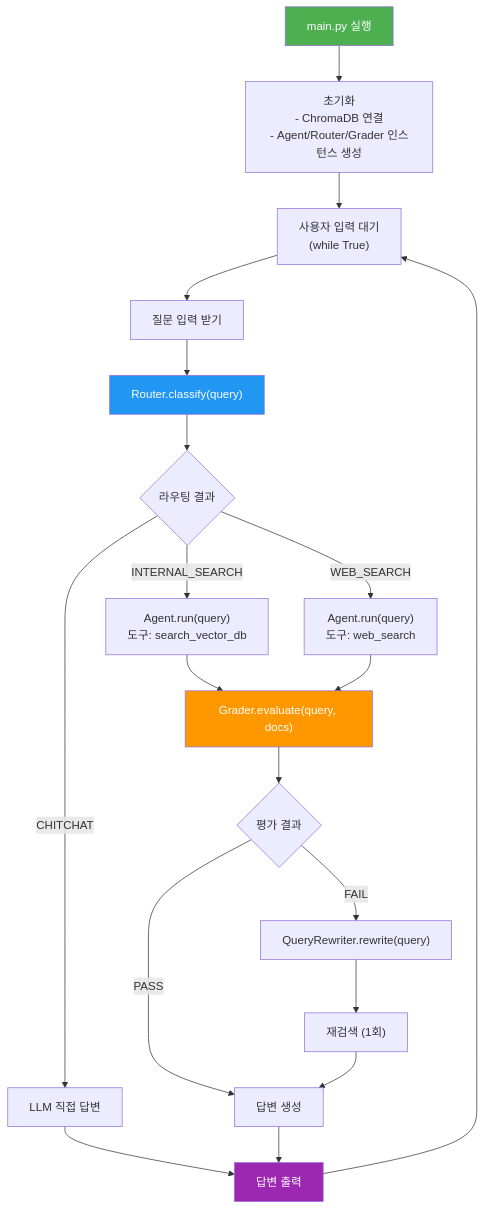
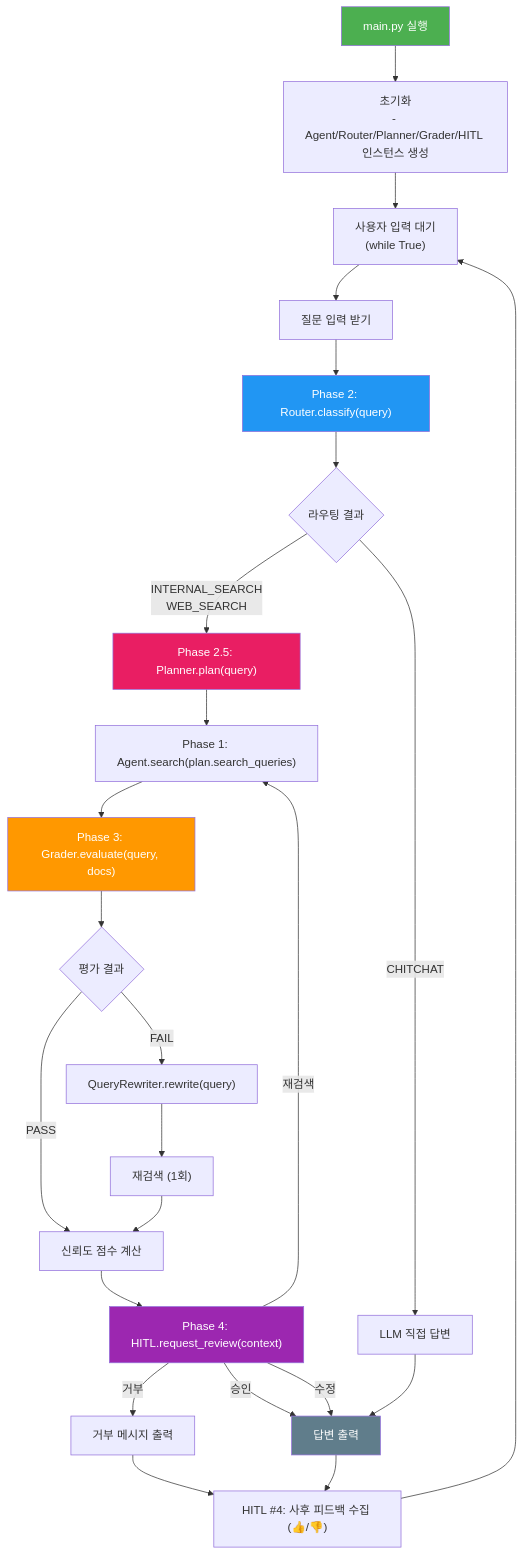
Before and after one commit to laurus-kpa007/agentic-rag-bot: the fourth of 6 diagrams in docs/implementation-guide.md, drawn with Mermaid. The commit also changed other lines of this file and 4 other files, not shown here.

First line of the commit message:
docs: Query Planner(Phase 2.5)와 Human in the Loop(Phase 4) 설계 추가

````diff
--- a/docs/implementation-guide.md
+++ b/docs/implementation-guide.md
@@ -493,39 +493,50 @@
 ```mermaid
 flowchart TD
     Start["main.py 실행"]
 
-    Start --> Init["초기화<br/>- ChromaDB 연결<br/>- Agent/Router/Grader 인스턴스 생성"]
+    Start --> Init["초기화<br/>- Agent/Router/Planner/Grader/HITL 인스턴스 생성"]
 
     Init --> InputLoop["사용자 입력 대기<br/>(while True)"]
 
     InputLoop --> GetQuery["질문 입력 받기"]
 
-    GetQuery --> Route["Router.classify(query)"]
+    GetQuery --> Route["Phase 2: Router.classify(query)"]
 
     Route --> Switch{"라우팅 결과"}
 
     Switch -->|"CHITCHAT"| DirectLLM["LLM 직접 답변"]
-    Switch -->|"INTERNAL_SEARCH"| VectorSearch["Agent.run(query)<br/>도구: search_vector_db"]
-    Switch -->|"WEB_SEARCH"| WebSearch["Agent.run(query)<br/>도구: web_search"]
+    Switch -->|"INTERNAL_SEARCH<br/>WEB_SEARCH"| Plan["Phase 2.5: Planner.plan(query)"]
 
-    VectorSearch --> GradeCheck["Grader.evaluate(query, docs)"]
-    WebSearch --> GradeCheck
+    Plan --> Search["Phase 1: Agent.search(plan.search_queries)"]
+
+    Search --> GradeCheck["Phase 3: Grader.evaluate(query, docs)"]
 
     GradeCheck --> GradeResult{"평가 결과"}
 
-    GradeResult -->|"PASS"| Generate["답변 생성"]
+    GradeResult -->|"PASS"| CalcConf["신뢰도 점수 계산"]
     GradeResult -->|"FAIL"| Rewrite["QueryRewriter.rewrite(query)"]
 
     Rewrite --> RetrySearch["재검색 (1회)"]
-    RetrySearch --> Generate
+    RetrySearch --> CalcConf
 
-    DirectLLM --> Output["답변 출력"]
-    Generate --> Output
+    CalcConf --> HITL["Phase 4: HITL.request_review(context)"]
 
-    Output --> InputLoop
+    HITL -->|"승인"| Output["답변 출력"]
+    HITL -->|"수정"| Output
+    HITL -->|"재검색"| Search
+    HITL -->|"거부"| RejectMsg["거부 메시지 출력"]
+
+    DirectLLM --> Output
+    RejectMsg --> Feedback
+
+    Output --> Feedback["HITL #4: 사후 피드백 수집 (👍/👎)"]
+
+    Feedback --> InputLoop
 
     style Start fill:#4CAF50,color:#fff
     style Route fill:#2196F3,color:#fff
+    style Plan fill:#E91E63,color:#fff
     style GradeCheck fill:#FF9800,color:#fff
-    style Output fill:#9C27B0,color:#fff
+    style HITL fill:#9C27B0,color:#fff
+    style Output fill:#607D8B,color:#fff
 ```
````
